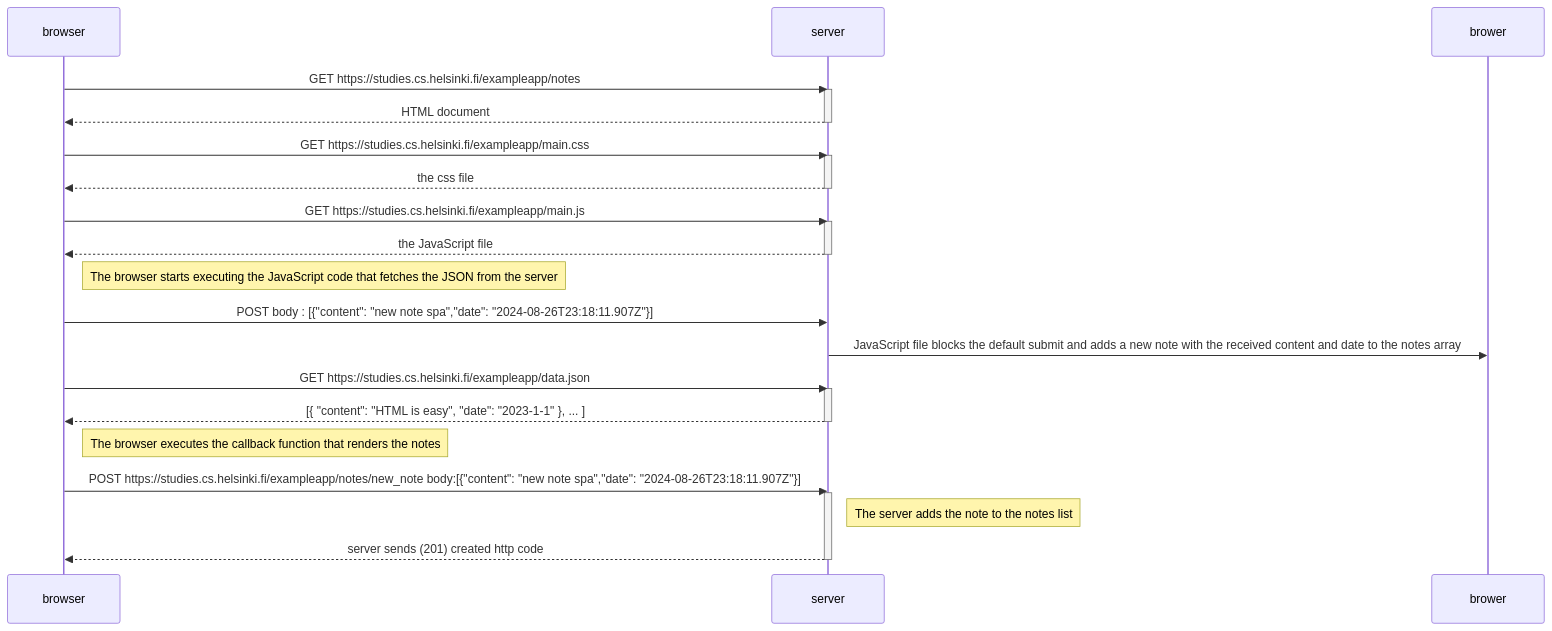
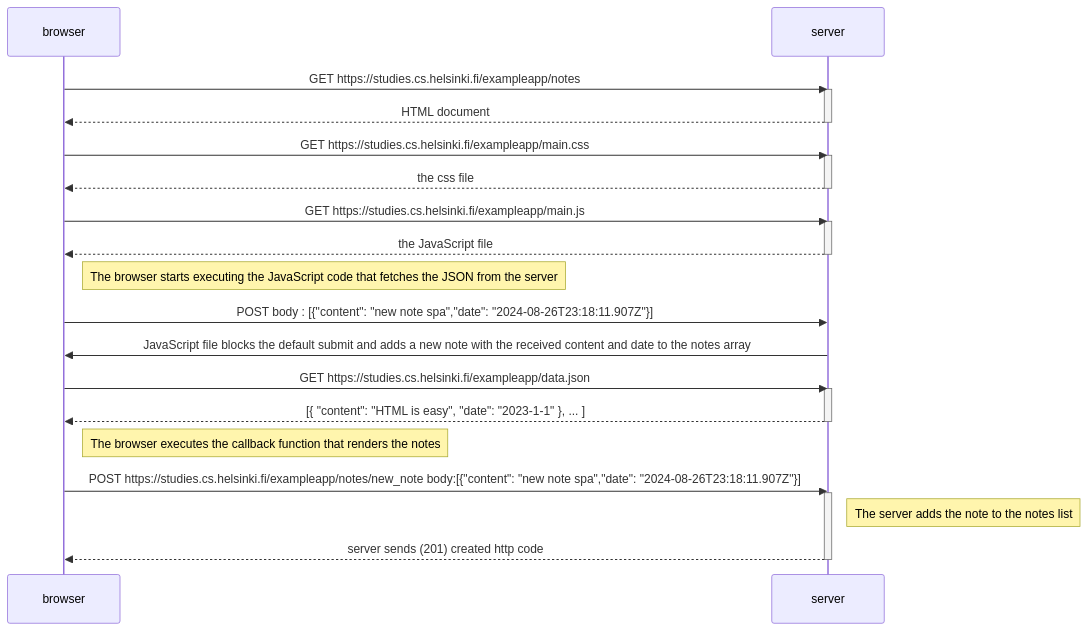
Before and after one commit to boularakSaraManel/FullStackOpen: the diagram in part0/exercise_0_6.md, drawn with Mermaid.

Commit message:
edited exercice_0_6

````diff
--- a/part0/exercise_0_6.md
+++ b/part0/exercise_0_6.md
@@ -1,39 +1,39 @@
 ```mermaid
 sequenceDiagram
     participant browser
     participant server
 
     browser->>server: GET https://studies.cs.helsinki.fi/exampleapp/notes
     activate server
     server-->>browser: HTML document
     deactivate server
 
     browser->>server: GET https://studies.cs.helsinki.fi/exampleapp/main.css
     activate server
     server-->>browser: the css file
     deactivate server
 
     browser->>server: GET https://studies.cs.helsinki.fi/exampleapp/main.js
     activate server
     server-->>browser: the JavaScript file
     deactivate server
 
     Note right of browser: The browser starts executing the JavaScript code that fetches the JSON from the server
 
     browser->>server: POST body : [{"content": "new note spa","date": "2024-08-26T23:18:11.907Z"}] 
-    server->>brower: JavaScript file blocks the default submit and adds a new note with the received content and date to the notes array
+    server->>browser: JavaScript file blocks the default submit and adds a new note with the received content and date to the notes array
 
     browser->>server: GET https://studies.cs.helsinki.fi/exampleapp/data.json
     activate server
     server-->>browser: [{ "content": "HTML is easy", "date": "2023-1-1" }, ... ]
     deactivate server
 
     Note right of browser: The browser executes the callback function that renders the notes
 
     browser->>server: POST https://studies.cs.helsinki.fi/exampleapp/notes/new_note body:[{"content": "new note spa","date": "2024-08-26T23:18:11.907Z"}] 
     activate server
     Note right of server: The server adds the note to the notes list
     server-->>browser: server sends (201) created http code 
     deactivate server
 
 ```
````
